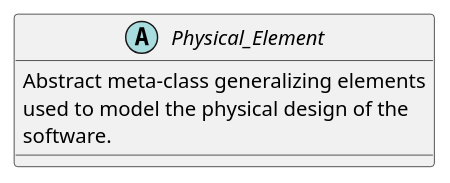
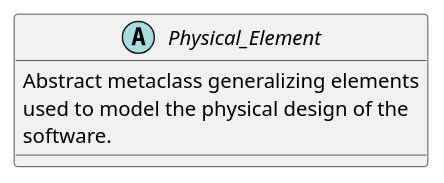
Before and after one commit to SanteyneEmbeddedSystems/Embedded_Software_Metamodel: the diagram in Physical_Elements/Metaclass_Physical_Element.puml, drawn with PlantUML.

```diff
--- a/Physical_Elements/Metaclass_Physical_Element.puml
+++ b/Physical_Elements/Metaclass_Physical_Element.puml
@@ -1,10 +1,10 @@
 @startuml
 
 abstract class Physical_Element
 {
-  Abstract meta-class generalizing elements
+  Abstract metaclass generalizing elements
   used to model the physical design of the
   software.
 }
 
 @enduml
```
